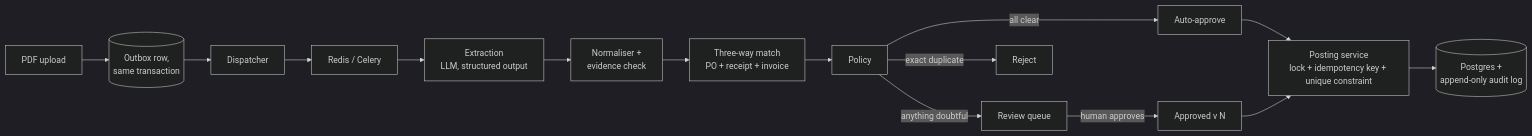
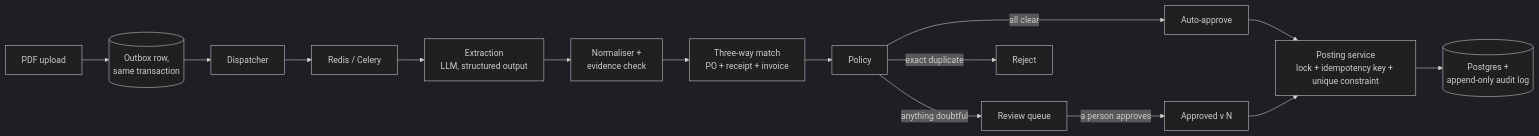
One commit to Shaurya-Sinha3301/Innoguard changed the first of 9 diagrams in README.md. Above: the diagram before and after it, drawn with Mermaid (dark theme). The commit also changed other lines of this file, not shown here.

````diff
--- a/README.md
+++ b/README.md
@@ -18,16 +51,16 @@
 ```mermaid
 flowchart LR
     U[PDF upload] --> O[(Outbox row,<br/>same transaction)]
     O --> D[Dispatcher] --> Q[Redis / Celery]
     Q --> X[Extraction<br/>LLM, structured output]
     X --> N[Normaliser +<br/>evidence check]
     N --> M[Three-way match<br/>PO + receipt + invoice]
     M --> P[Policy]
     P -->|all clear| A[Auto-approve]
     P -->|anything doubtful| R[Review queue]
     P -->|exact duplicate| J[Reject]
-    R -->|human approves| AP[Approved v N]
+    R -->|a person approves| AP[Approved v N]
     A --> S[Posting service<br/>lock + idempotency key + unique constraint]
     AP --> S
     S --> DB[(Postgres +<br/>append-only audit log)]
 ```
````
